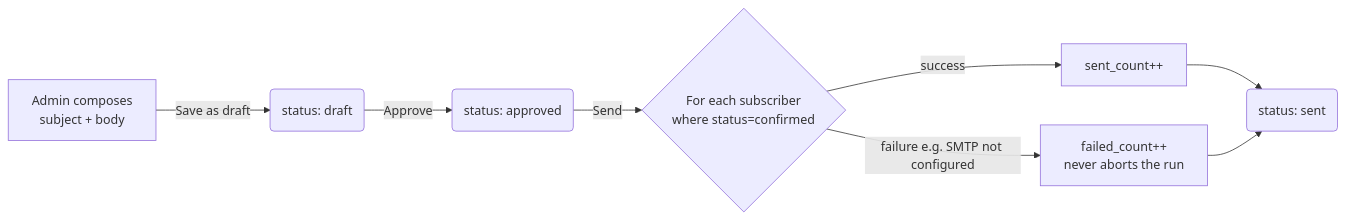
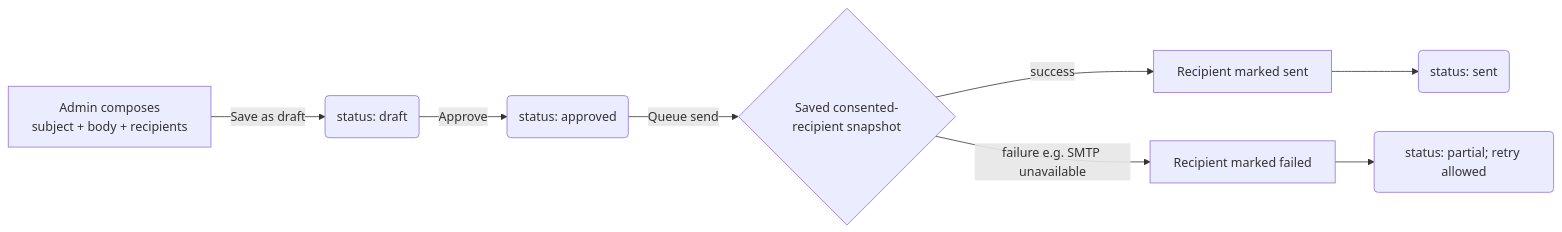
Before and after one commit to jbarkhuizen/Lapanza-3d-Creations-Martin: the eighth of 13 diagrams in docs/SYSTEM_DOCUMENTATION.md, drawn with Mermaid. The commit also changed other lines of this file and 10 other files, not shown here.

````diff
--- a/docs/SYSTEM_DOCUMENTATION.md
+++ b/docs/SYSTEM_DOCUMENTATION.md
@@ -1173,10 +1181,10 @@
 ```mermaid
 flowchart LR
-    A[Admin composes<br/>subject + body] -->|Save as draft| B(status: draft)
+    A[Admin composes<br/>subject + body + recipients] -->|Save as draft| B(status: draft)
     B -->|Approve| C(status: approved)
-    C -->|Send| D{For each subscriber<br/>where status=confirmed}
-    D -->|success| E[sent_count++]
-    D -->|failure e.g. SMTP not configured| F[failed_count++<br/>never aborts the run]
+    C -->|Queue send| D{Saved consented-recipient snapshot}
+    D -->|success| E[Recipient marked sent]
+    D -->|failure e.g. SMTP unavailable| F[Recipient marked failed]
     E --> G(status: sent)
-    F --> G
+    F --> H(status: partial; retry allowed)
 ```
````
